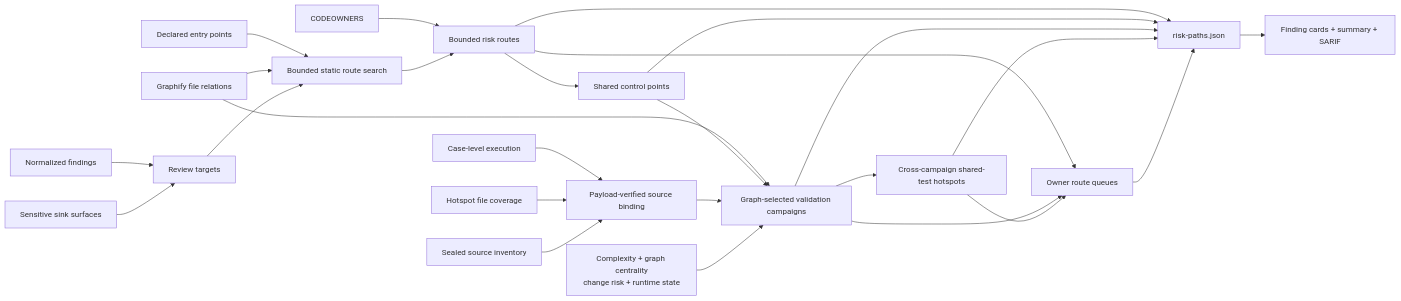
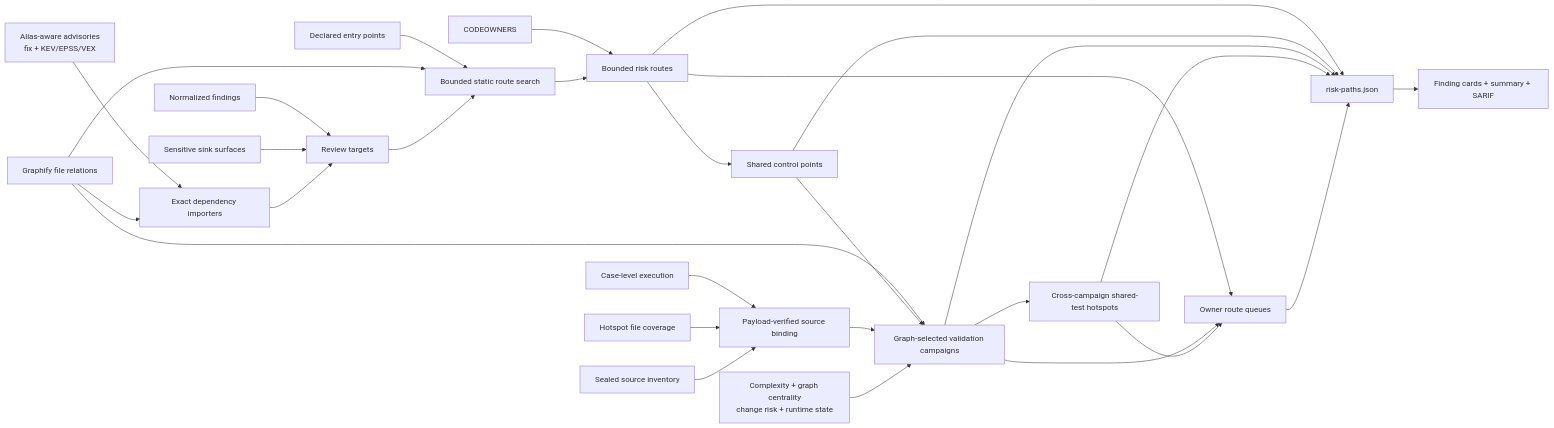
One commit to willtran87/project-py-security-suite changed the seventh of 12 diagrams in docs/design.md. Above: the diagram before and after it, drawn with Mermaid. The commit also changed other lines of this file and 17 other files, not shown here.

Commit message:
Route dependency advisories through exact importers

````diff
--- a/docs/design.md
+++ b/docs/design.md
@@ -350,28 +360,31 @@
 ```mermaid
 flowchart LR
     Entry["Declared entry points"] --> Search["Bounded static route search"]
     Graph["Graphify file relations"] --> Search
     Findings["Normalized findings"] --> Targets["Review targets"]
     Exposure["Sensitive sink surfaces"] --> Targets
+    Advisories["Alias-aware advisories<br/>fix + KEV/EPSS/VEX"] --> Importers["Exact dependency importers"]
+    Graph --> Importers
+    Importers --> Targets
     Targets --> Search
     Ownership["CODEOWNERS"] --> Routed["Bounded risk routes"]
     Search --> Routed
     Routed --> Hotspots["Shared control points"]
     Graph --> Campaigns["Graph-selected validation campaigns"]
     Hotspots --> Campaigns
     Tests["Case-level execution"] --> Binding["Payload-verified source binding"]
     Coverage["Hotspot file coverage"] --> Binding
     Inventory["Sealed source inventory"] --> Binding
     Binding --> Campaigns
     Context["Complexity + graph centrality<br/>change risk + runtime state"] --> Campaigns
     Campaigns --> SharedTests["Cross-campaign shared-test hotspots"]
     Routed --> Queues["Owner route queues"]
     Campaigns --> Queues
     SharedTests --> Queues
     Routed --> Routes["risk-paths.json"]
     Hotspots --> Routes
     Campaigns --> Routes
     SharedTests --> Routes
     Queues --> Routes
     Routes --> Report["Finding cards + summary + SARIF"]
 ```
````
